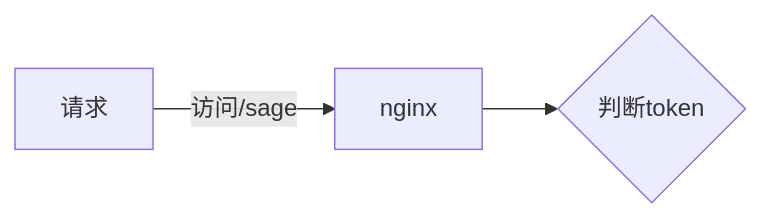
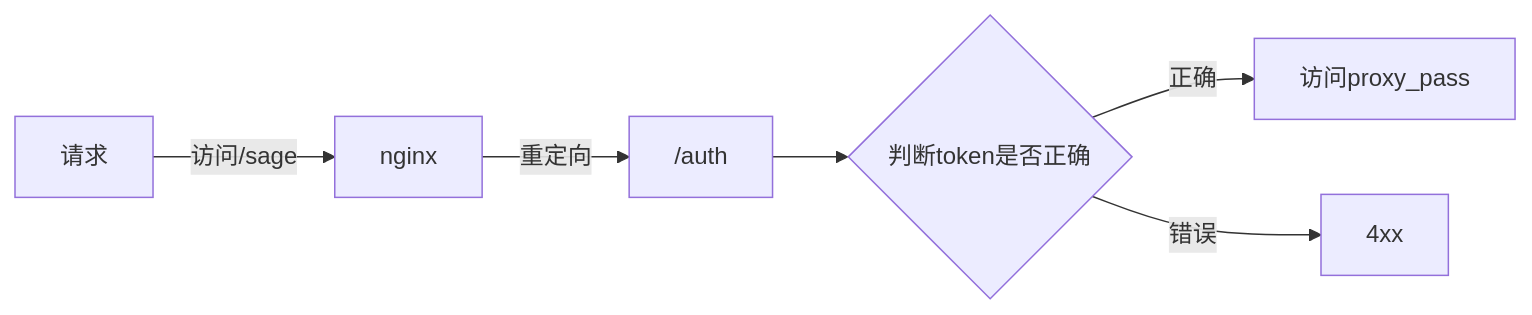
One commit to poppop9/obsidian changed the diagram in 计算机/Nginx.md. Above: the diagram before and after it, drawn with Mermaid. The commit also changed other lines of this file and 3 other files, not shown here.

````diff
--- a/计算机/Nginx.md
+++ b/计算机/Nginx.md
@@ -181,5 +181,7 @@
 ```mermaid
 graph LR
-	a[请求]--访问/sage-->b[nginx]
-	b-->c{判断token}
+	a[请求]--访问/sage-->b[nginx]--重定向-->e["/auth"]
+	e-->c{判断token是否正确}
+	c--正确-->d[访问proxy_pass]
+	c--错误-->f[4xx]
 ```
````
